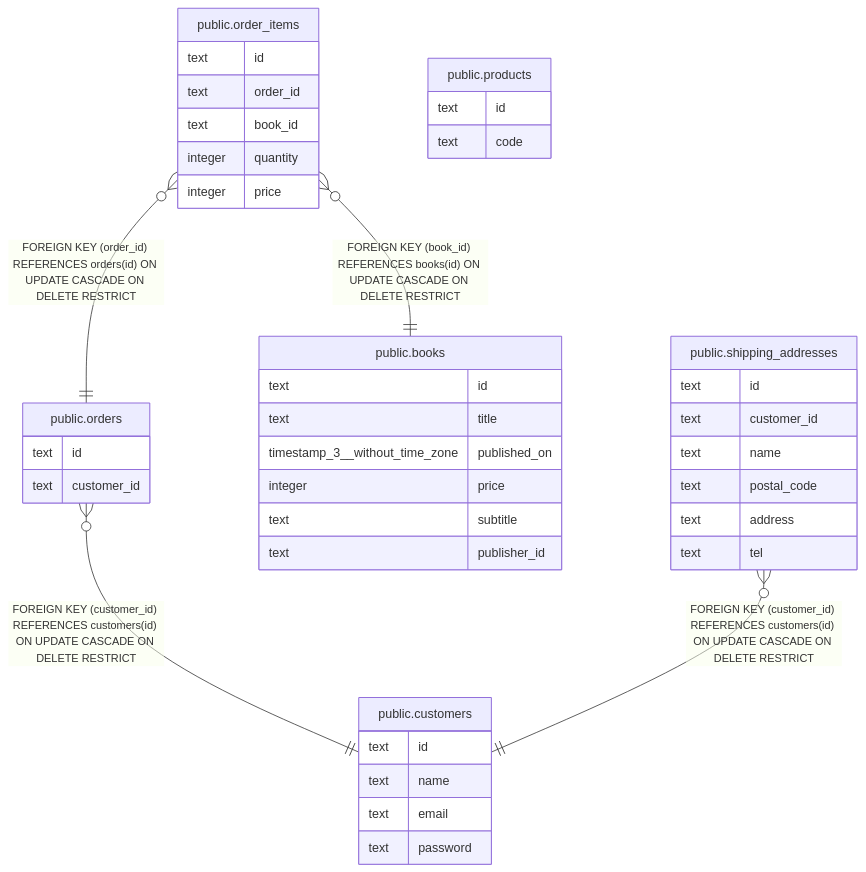
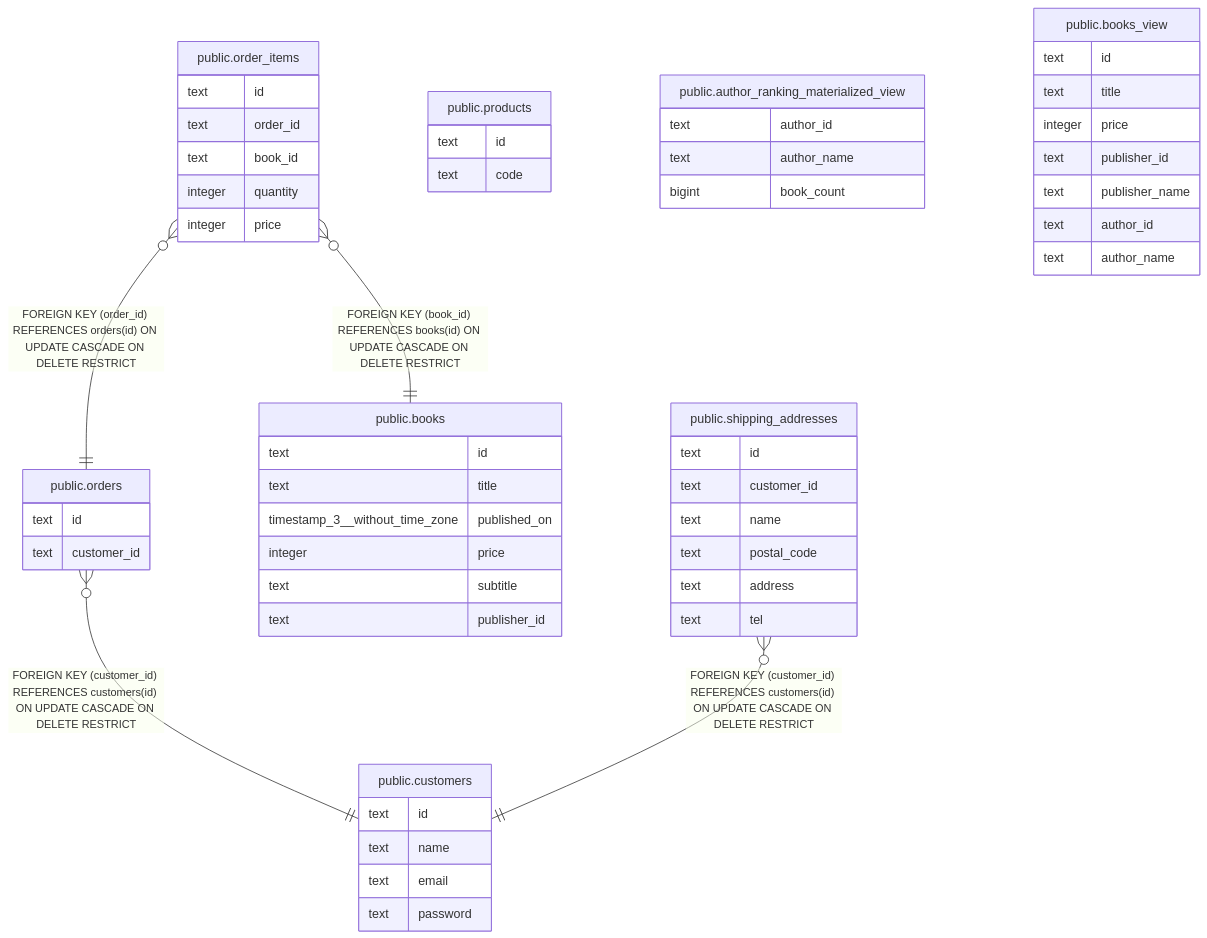
One commit to majimaccho/prisma-tbls changed the diagram in docs/viewpoint-3.md. Above: the diagram before and after it, drawn with Mermaid. The commit also changed other lines of this file and 7 other files, not shown here.

Commit message:
View & Materialized View

````diff
--- a/docs/viewpoint-3.md
+++ b/docs/viewpoint-3.md
@@ -20,46 +38,60 @@
 ```mermaid
 erDiagram
 
 "public.orders" }o--|| "public.customers" : "FOREIGN KEY (customer_id) REFERENCES customers(id) ON UPDATE CASCADE ON DELETE RESTRICT"
 "public.order_items" }o--|| "public.books" : "FOREIGN KEY (book_id) REFERENCES books(id) ON UPDATE CASCADE ON DELETE RESTRICT"
 "public.order_items" }o--|| "public.orders" : "FOREIGN KEY (order_id) REFERENCES orders(id) ON UPDATE CASCADE ON DELETE RESTRICT"
 "public.shipping_addresses" }o--|| "public.customers" : "FOREIGN KEY (customer_id) REFERENCES customers(id) ON UPDATE CASCADE ON DELETE RESTRICT"
 
 "public.products" {
   text id
   text code
 }
 "public.books" {
   text id
   text title
   timestamp_3__without_time_zone published_on
   integer price
   text subtitle
   text publisher_id
 }
 "public.customers" {
   text id
   text name
   text email
   text password
 }
 "public.orders" {
   text id
   text customer_id
 }
 "public.order_items" {
   text id
   text order_id
   text book_id
   integer quantity
   integer price
 }
 "public.shipping_addresses" {
   text id
   text customer_id
   text name
   text postal_code
   text address
   text tel
 }
+"public.author_ranking_materialized_view" {
+  text author_id
+  text author_name
+  bigint book_count
+}
+"public.books_view" {
+  text id
+  text title
+  integer price
+  text publisher_id
+  text publisher_name
+  text author_id
+  text author_name
+}
 ```
````
